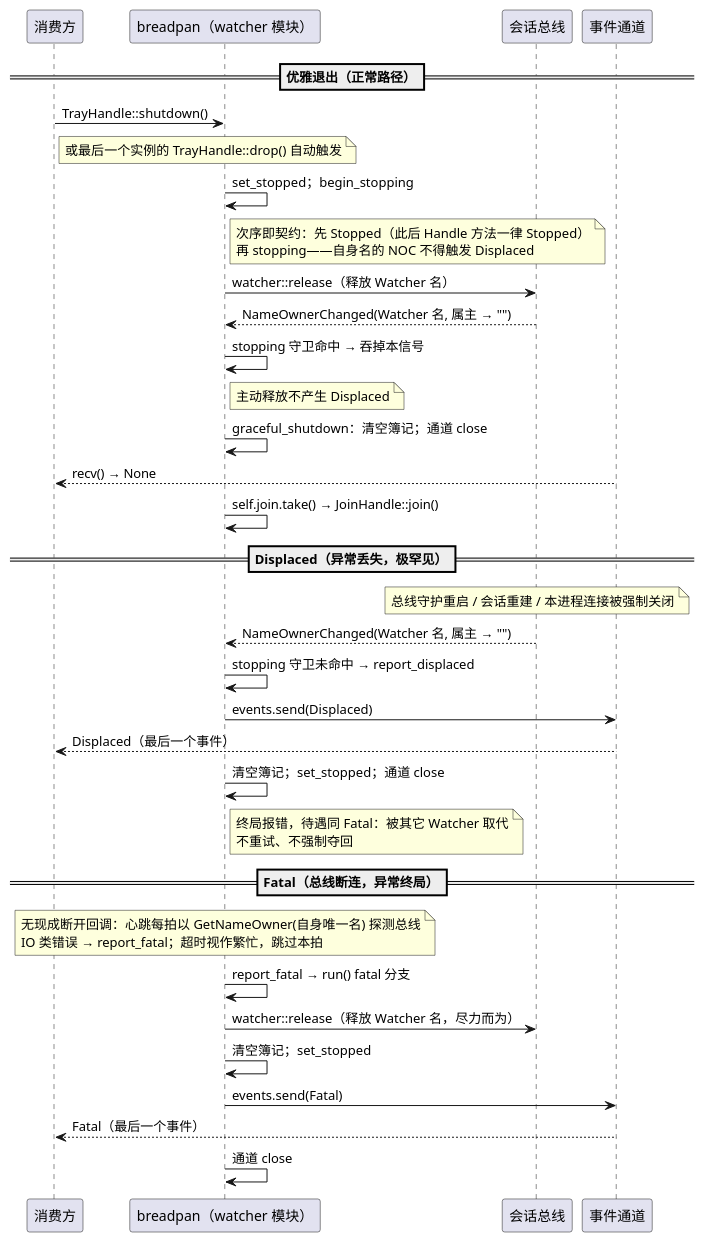
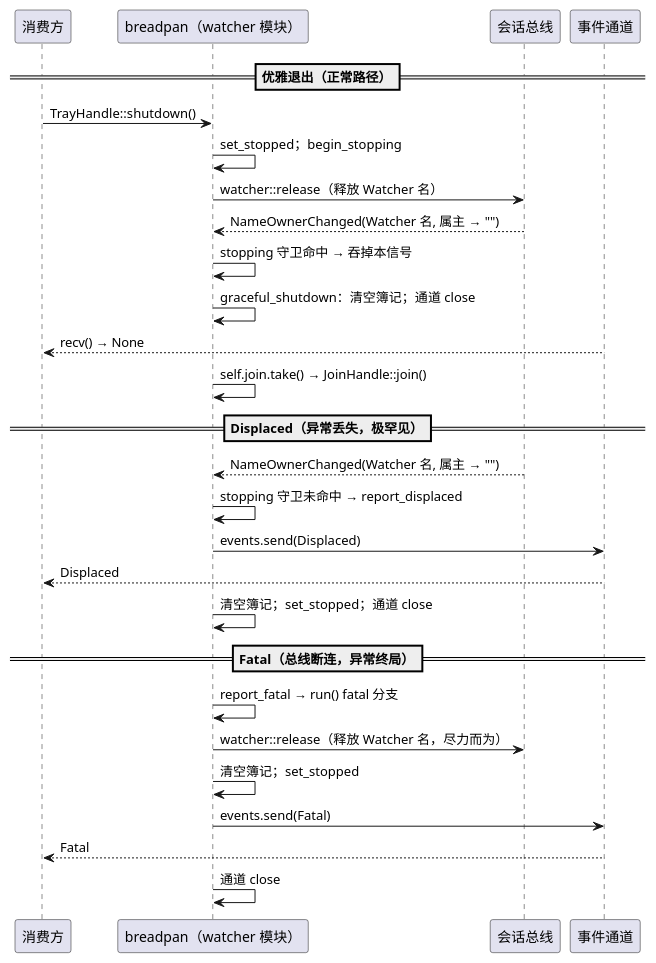
One commit to 54m43lJ/BreadKnife changed the diagram in breadpan/diagram/breadpan-stop.puml. Above: the diagram before and after it, drawn with PlantUML. The commit also changed 10 other files, not shown here.

First line of the commit message:
docs(breadpan): CODE 通用约定章置空（引用改链 ARCHITECTURE §2）；五图与 ARCH 正文去重并重导出

```diff
--- a/breadpan/diagram/breadpan-stop.puml
+++ b/breadpan/diagram/breadpan-stop.puml
@@ -1,52 +1,31 @@
 @startuml breadpan-stop
 participant "消费方" as app
 participant "breadpan（watcher 模块）" as bp
 participant "会话总线" as bus
 participant "事件通道" as ch
 
 == 优雅退出（正常路径）==
 app -> bp: TrayHandle::shutdown()
-note right of app
-  或最后一个实例的 TrayHandle::drop() 自动触发
-end note
 bp -> bp: set_stopped；begin_stopping
-note right of bp
-  次序即契约：先 Stopped（此后 Handle 方法一律 Stopped）
-  再 stopping——自身名的 NOC 不得触发 Displaced
-end note
 bp -> bus: watcher::release（释放 Watcher 名）
 bus --> bp: NameOwnerChanged(Watcher 名, 属主 → "")
 bp -> bp: stopping 守卫命中 → 吞掉本信号
-note right of bp
-  主动释放不产生 Displaced
-end note
 bp -> bp: graceful_shutdown：清空簿记；通道 close
 ch --> app: recv() → None
 bp -> bp: self.join.take() → JoinHandle::join()
 
 == Displaced（异常丢失，极罕见）==
-note over bus
-  总线守护重启 / 会话重建 / 本进程连接被强制关闭
-end note
 bus --> bp: NameOwnerChanged(Watcher 名, 属主 → "")
 bp -> bp: stopping 守卫未命中 → report_displaced
 bp -> ch: events.send(Displaced)
-ch --> app: Displaced（最后一个事件）
+ch --> app: Displaced
 bp -> bp: 清空簿记；set_stopped；通道 close
-note right of bp
-  终局报错，待遇同 Fatal：被其它 Watcher 取代
-  不重试、不强制夺回
-end note
 
 == Fatal（总线断连，异常终局）==
-note over bp
-  无现成断开回调：心跳每拍以 GetNameOwner(自身唯一名) 探测总线
-  IO 类错误 → report_fatal；超时视作繁忙，跳过本拍
-end note
 bp -> bp: report_fatal → run() fatal 分支
 bp -> bus: watcher::release（释放 Watcher 名，尽力而为）
 bp -> bp: 清空簿记；set_stopped
 bp -> ch: events.send(Fatal)
-ch --> app: Fatal（最后一个事件）
+ch --> app: Fatal
 bp -> bp: 通道 close
 @enduml
```
